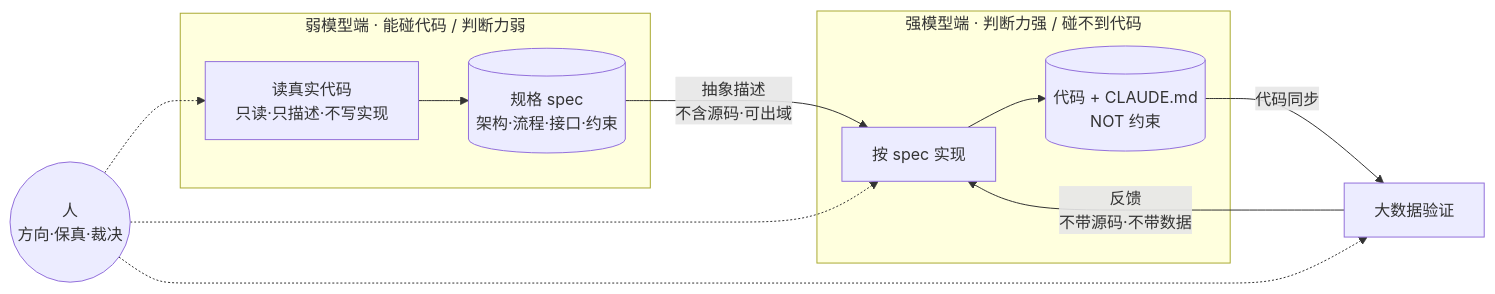
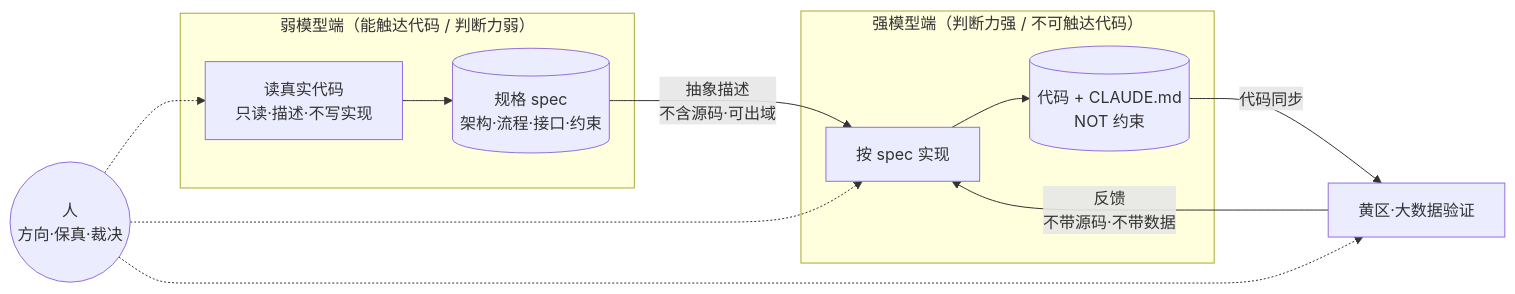
One commit to pkuCactus/crydet changed the first of 2 diagrams in docs/llm_refactoring_experience.md. Above: the diagram before and after it, drawn with Mermaid. The commit also changed other lines of this file, not shown here.

````diff
--- a/docs/llm_refactoring_experience.md
+++ b/docs/llm_refactoring_experience.md
@@ -27,15 +39,15 @@
 ```mermaid
 flowchart LR
-    subgraph A["弱模型端 · 能碰代码 / 判断力弱"]
-        R["读真实代码<br/>只读·只描述·不写实现"] --> S[("规格 spec<br/>架构·流程·接口·约束")]
+    subgraph A["弱模型端（能触达代码 / 判断力弱）"]
+        R["读真实代码<br/>只读·描述·不写实现"] --> S[("规格 spec<br/>架构·流程·接口·约束")]
     end
     S -- "抽象描述<br/>不含源码·可出域" --> I
-    subgraph B["强模型端 · 判断力强 / 碰不到代码"]
+    subgraph B["强模型端（判断力强 / 不可触达代码）"]
         I["按 spec 实现"] --> C[("代码 + CLAUDE.md<br/>NOT 约束")]
     end
-    C -- "代码同步" --> V["大数据验证"]
+    C -- "代码同步" --> V["黄区·大数据验证"]
     V -- "反馈<br/>不带源码·不带数据" --> I
     H(("人<br/>方向·保真·裁决")) -.-> R
     H -.-> I
     H -.-> V
 ```
````
